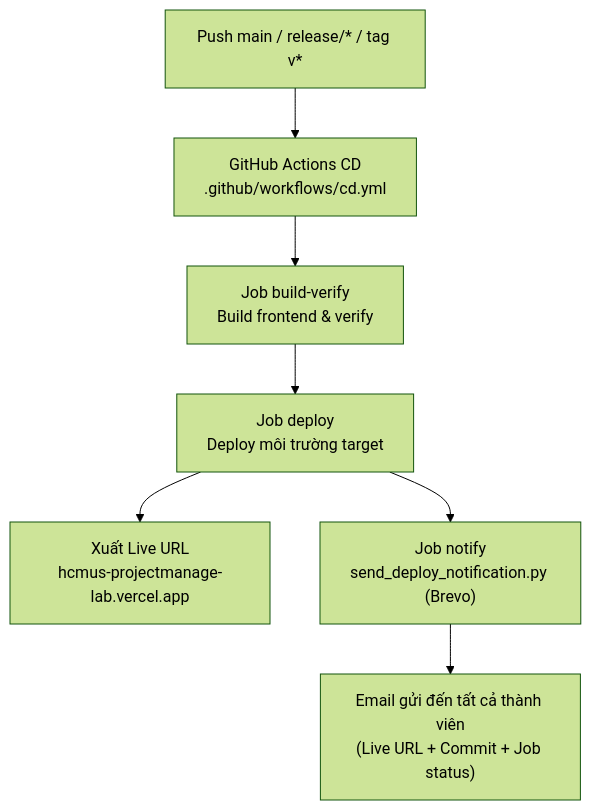
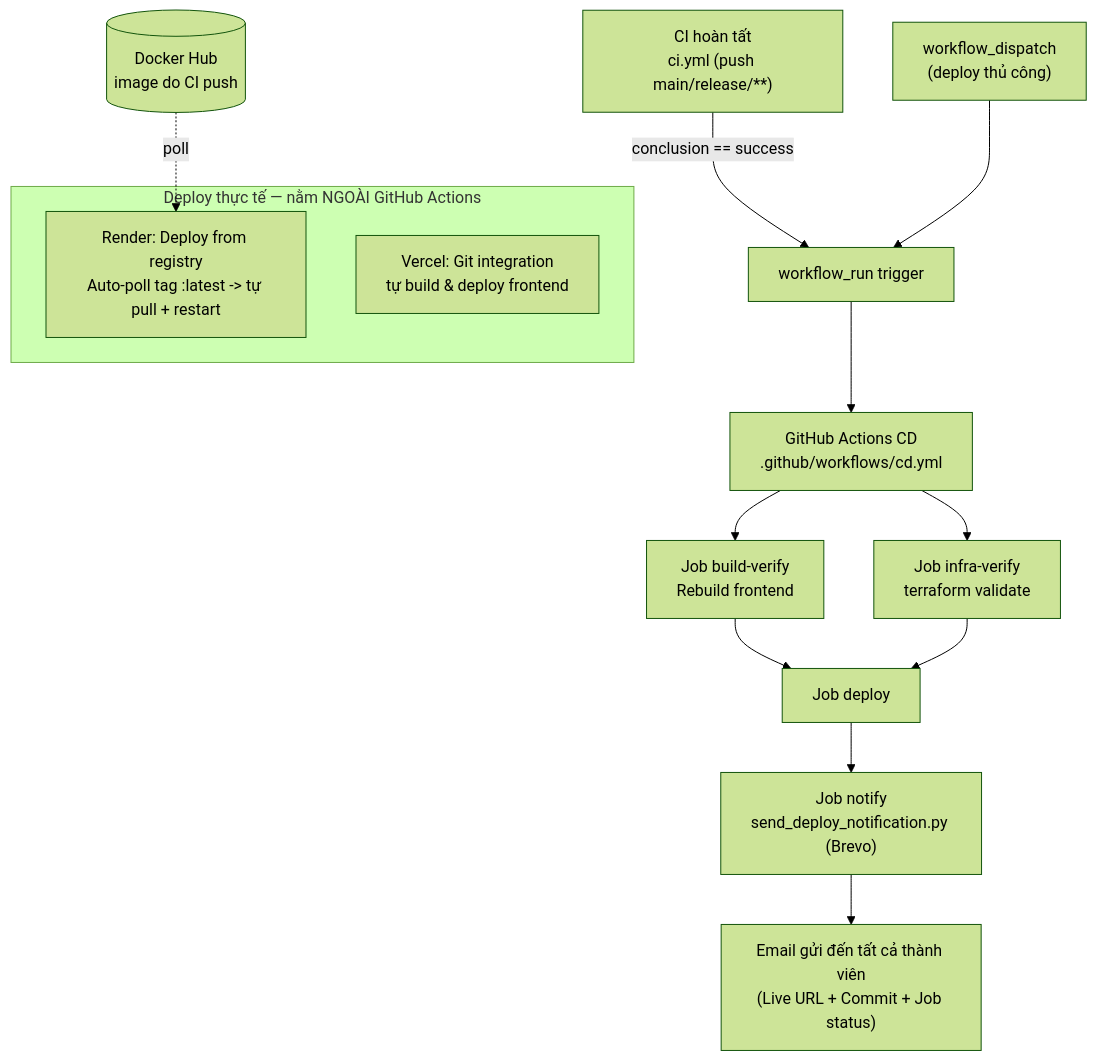
One commit to se-bros/hcmus-projectmanage--lab changed the second of 4 diagrams in final-exam/preparation/5_CICD_DevOps_Testing/README.md. Above: the diagram before and after it, drawn with Mermaid (forest theme). The commit also changed other lines of this file, not shown here.

````diff
--- a/final-exam/preparation/5_CICD_DevOps_Testing/README.md
+++ b/final-exam/preparation/5_CICD_DevOps_Testing/README.md
@@ -95,9 +99,18 @@
 ```mermaid
 flowchart TD
-    Git["Push main / release/* / tag v*"] --> CD["GitHub Actions CD<br/>.github/workflows/cd.yml"]
-    CD --> Build["Job build-verify<br/>Build frontend & verify"]
-    Build --> Deploy["Job deploy<br/>Deploy môi trường target"]
-    Deploy --> URL["Xuất Live URL<br/>hcmus-projectmanage-lab.vercel.app"]
+    CIrun["CI hoàn tất<br/>ci.yml (push main/release/**)"] -->|conclusion == success| Trigger["workflow_run trigger"]
+    Manual["workflow_dispatch<br/>(deploy thủ công)"] --> Trigger
+    Trigger --> CD["GitHub Actions CD<br/>.github/workflows/cd.yml"]
+    CD --> Build["Job build-verify<br/>Rebuild frontend"]
+    CD --> Infra["Job infra-verify<br/>terraform validate"]
+    Build --> Deploy["Job deploy"]
+    Infra --> Deploy
     Deploy --> Mail["Job notify<br/>send_deploy_notification.py (Brevo)"]
     Mail --> Inbox["Email gửi đến tất cả thành viên<br/>(Live URL + Commit + Job status)"]
+
+    subgraph Ngoai["Deploy thực tế — nằm NGOÀI GitHub Actions"]
+        Render["Render: Deploy from registry<br/>Auto-poll tag :latest -> tự pull + restart"]
+        Vercel["Vercel: Git integration<br/>tự build & deploy frontend"]
+    end
+    Hub[("Docker Hub<br/>image do CI push")] -.->|poll| Render
 ```
````
